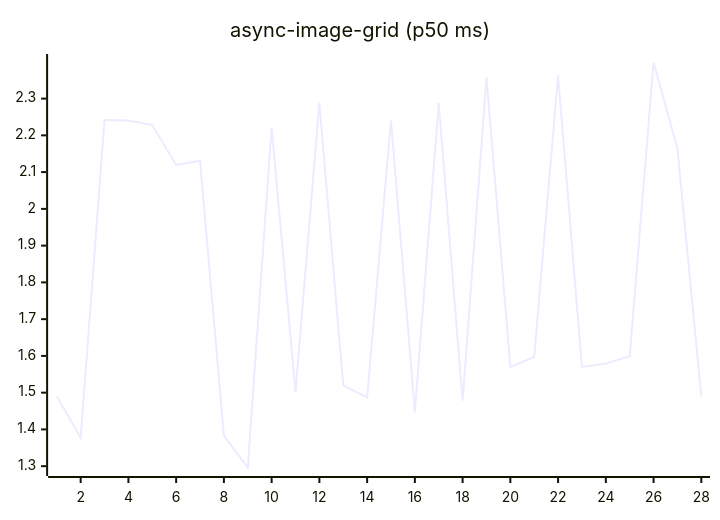
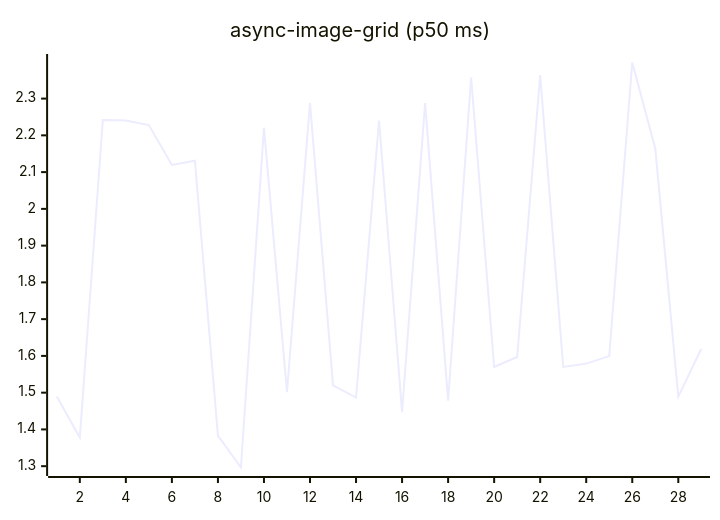
One commit to josha/Facet changed the fifth of 27 diagrams in README.md. Above: the diagram before and after it, drawn with Mermaid. The commit also changed other lines of this file and 2 other files, not shown here.

````diff
--- a/README.md
+++ b/README.md
@@ -91,6 +91,6 @@
 ```mermaid
 xychart-beta
     title "async-image-grid (p50 ms)"
-    x-axis 1 --> 28
-    line [1.4898, 1.3778, 2.2419, 2.2404, 2.2280, 2.1194, 2.1310, 1.3834, 1.2964, 2.2208, 1.5015, 2.2886, 1.5200, 1.4868, 2.2404, 1.4470, 2.2880, 1.4779, 2.3575, 1.5699, 1.5969, 2.3640, 1.5700, 1.5790, 1.5994, 2.3982, 2.1641, 1.4893]
+    x-axis 1 --> 29
+    line [1.4898, 1.3778, 2.2419, 2.2404, 2.2280, 2.1194, 2.1310, 1.3834, 1.2964, 2.2208, 1.5015, 2.2886, 1.5200, 1.4868, 2.2404, 1.4470, 2.2880, 1.4779, 2.3575, 1.5699, 1.5969, 2.3640, 1.5700, 1.5790, 1.5994, 2.3982, 2.1641, 1.4893, 1.6193]
 ```
````
